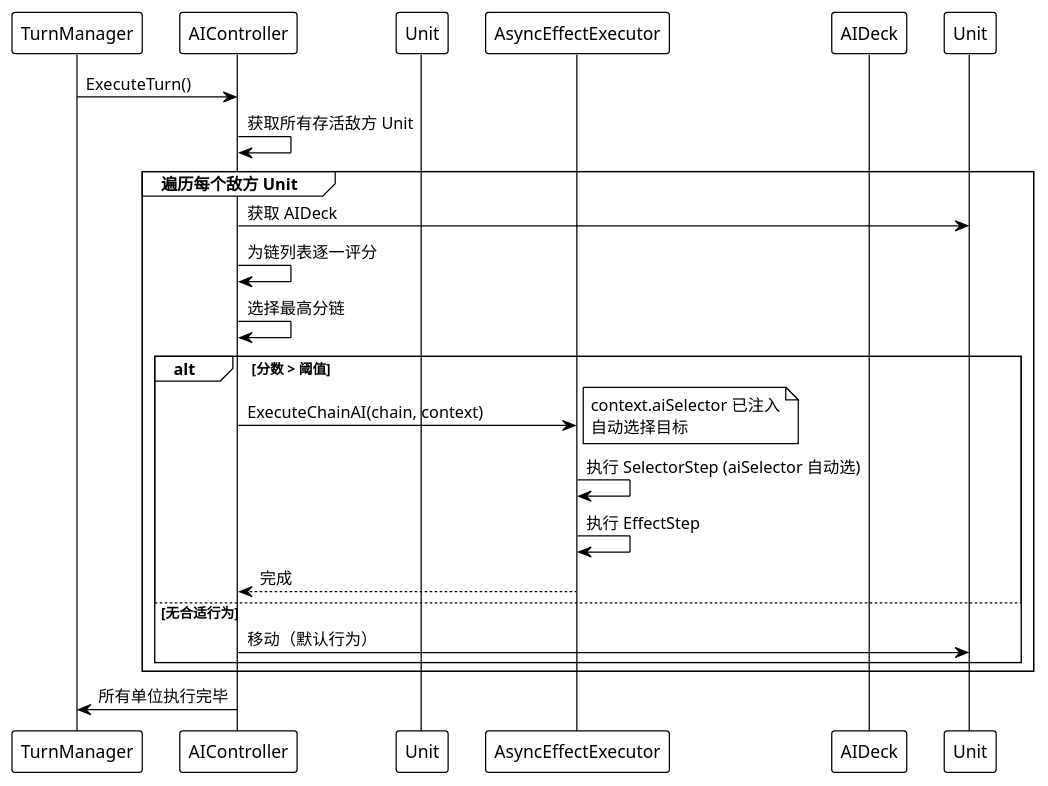
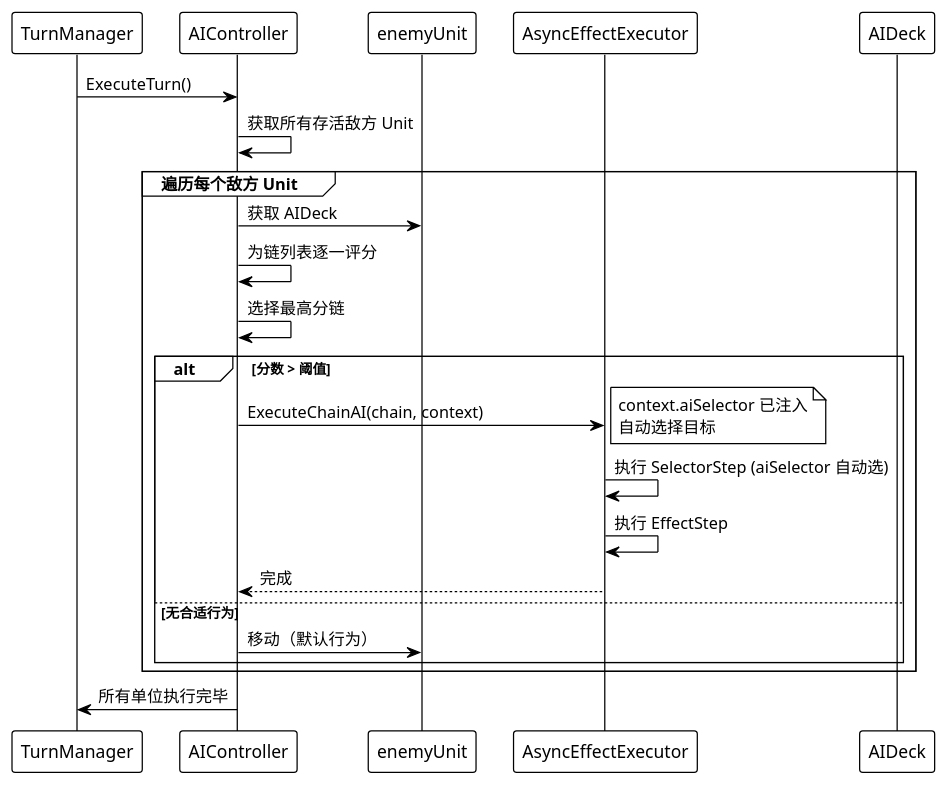
The diagram in docs/design/system-overview/ai-system.md (W00denL0ve/CardChess), drawn with PlantUML before and after one commit. The commit also changed other lines of this file and 40 other files, not shown here.

````diff
--- a/docs/design/system-overview/ai-system.md
+++ b/docs/design/system-overview/ai-system.md
@@ -49,33 +50,33 @@
 ```plantuml
 @startuml
 !theme plain
 skinparam defaultFontName Microsoft YaHei
 
 participant TurnManager
 participant AIController
-participant Unit as 敌方单位
+participant enemyUnit
 participant AsyncEffectExecutor
 participant AIDeck
 
 TurnManager -> AIController : ExecuteTurn()
 AIController -> AIController : 获取所有存活敌方 Unit
 
 group 遍历每个敌方 Unit
-  AIController -> Unit : 获取 AIDeck
+  AIController -> enemyUnit : 获取 AIDeck
   AIController -> AIController : 为链列表逐一评分
   AIController -> AIController : 选择最高分链
 
   alt 分数 > 阈值
     AIController -> AsyncEffectExecutor : ExecuteChainAI(chain, context)
     note right: context.aiSelector 已注入\n自动选择目标
     AsyncEffectExecutor -> AsyncEffectExecutor : 执行 SelectorStep (aiSelector 自动选)
     AsyncEffectExecutor -> AsyncEffectExecutor : 执行 EffectStep
     AsyncEffectExecutor --> AIController : 完成
   else 无合适行为
-    AIController -> Unit : 移动（默认行为）
+    AIController -> enemyUnit : 移动（默认行为）
   end
 end
 
 AIController -> TurnManager : 所有单位执行完毕
 @enduml
 ```
````
